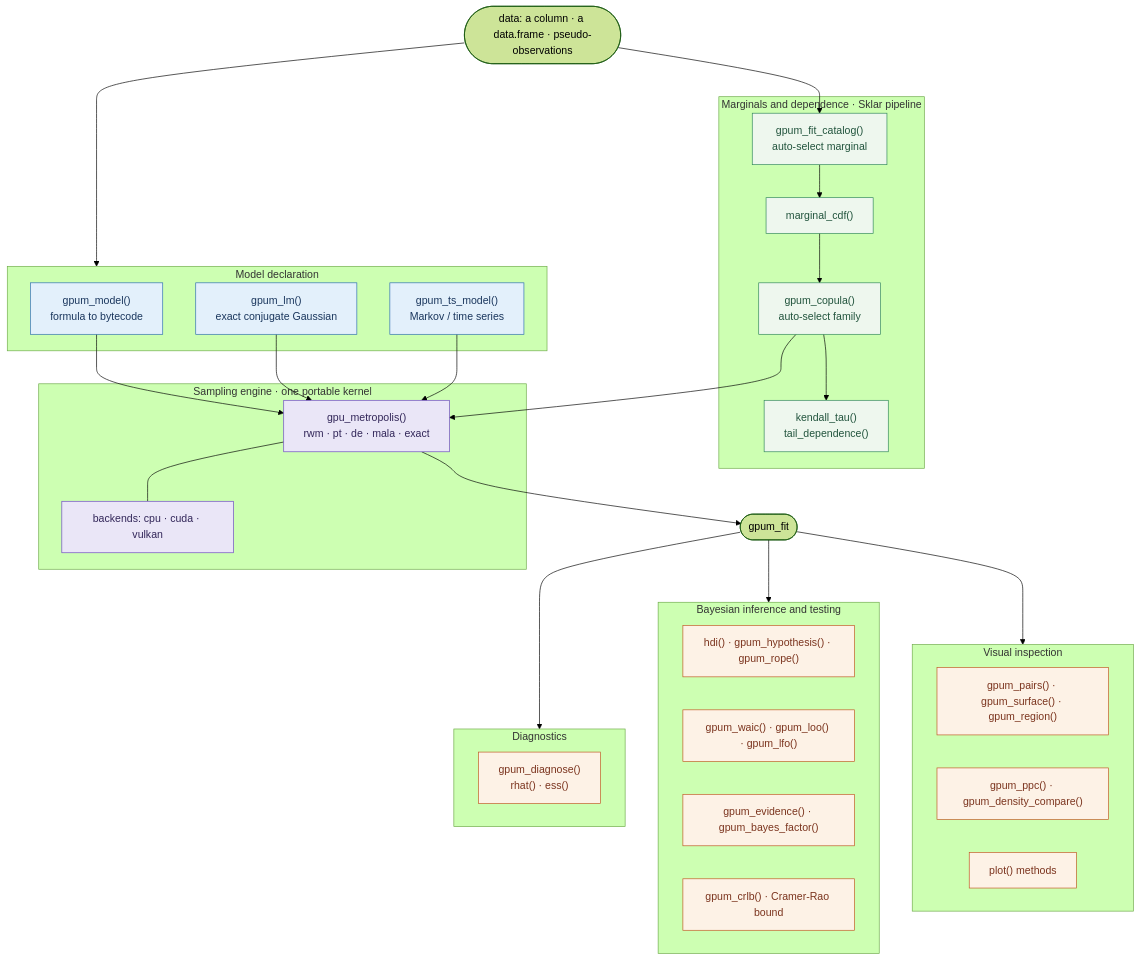
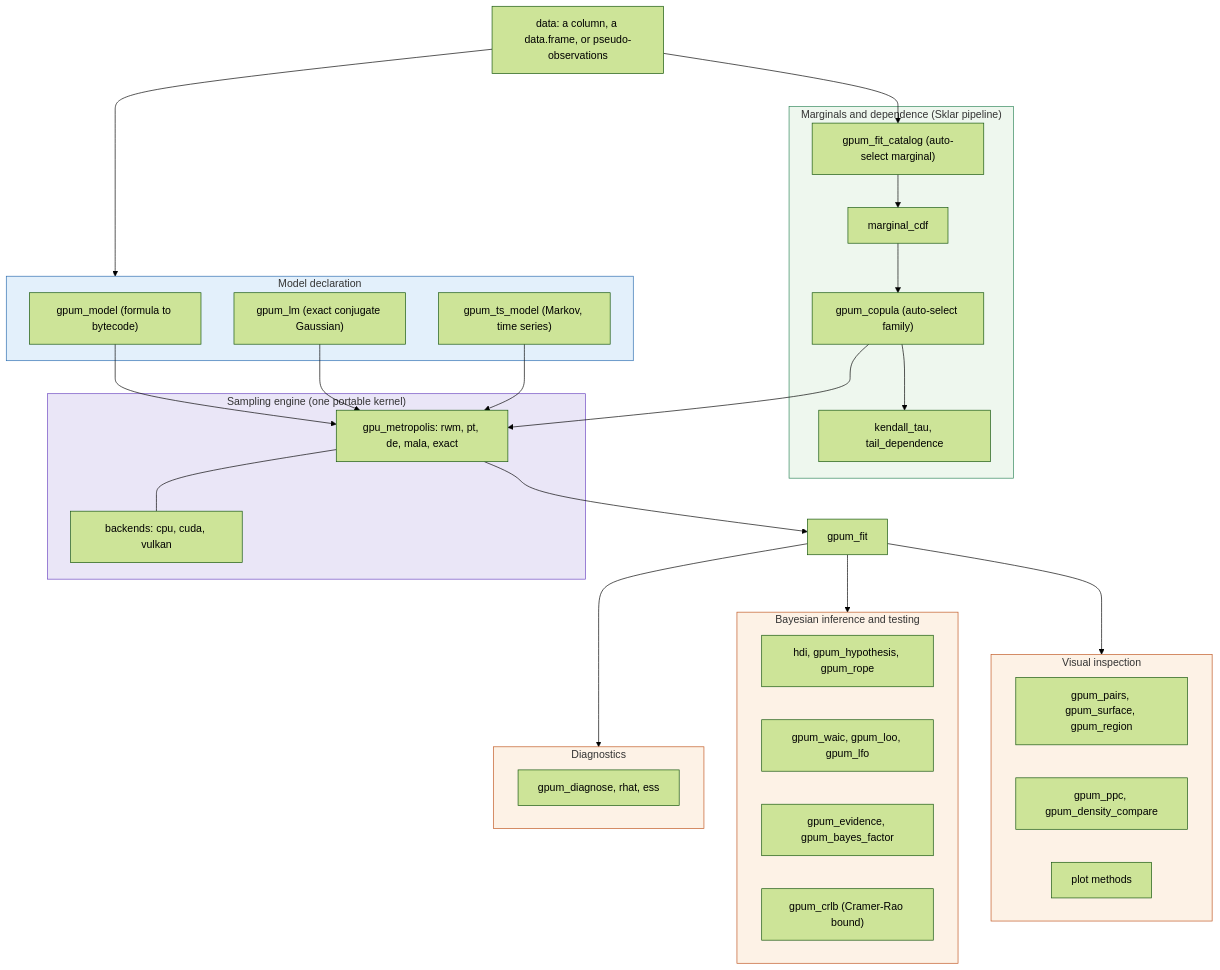
Before and after one commit to pcbrom/gpumetropolis: the diagram in README.md, drawn with Mermaid (forest theme). The commit also changed other lines of this file, not shown here.

First line of the commit message:
docs(readme): GitHub-safe diagram and a feature-to-problem table for every function

````diff
--- a/README.md
+++ b/README.md
@@ -117,64 +117,62 @@
 ```mermaid
-flowchart TD
-    data([data: a column · a data.frame · pseudo-observations])
+flowchart TB
+    data["data: a column, a data.frame, or pseudo-observations"]
 
     subgraph DECL["Model declaration"]
-        gm["gpum_model()<br/>formula to bytecode"]
-        glm["gpum_lm()<br/>exact conjugate Gaussian"]
-        gts["gpum_ts_model()<br/>Markov / time series"]
+        gm["gpum_model (formula to bytecode)"]
+        glm["gpum_lm (exact conjugate Gaussian)"]
+        gts["gpum_ts_model (Markov, time series)"]
     end
 
-    subgraph MARG["Marginals and dependence · Sklar pipeline"]
-        gfc["gpum_fit_catalog()<br/>auto-select marginal"]
-        mcdf["marginal_cdf()"]
-        gcop["gpum_copula()<br/>auto-select family"]
-        kt["kendall_tau()<br/>tail_dependence()"]
+    subgraph MARG["Marginals and dependence (Sklar pipeline)"]
+        gfc["gpum_fit_catalog (auto-select marginal)"]
+        mcdf["marginal_cdf"]
+        gcop["gpum_copula (auto-select family)"]
+        kt["kendall_tau, tail_dependence"]
     end
 
-    subgraph ENGINE["Sampling engine · one portable kernel"]
-        gmet["gpu_metropolis()<br/>rwm · pt · de · mala · exact"]
-        back["backends: cpu · cuda · vulkan"]
+    subgraph ENGINE["Sampling engine (one portable kernel)"]
+        gmet["gpu_metropolis: rwm, pt, de, mala, exact"]
+        back["backends: cpu, cuda, vulkan"]
     end
 
-    fit(["gpum_fit"])
+    fit["gpum_fit"]
 
     subgraph DIAG["Diagnostics"]
-        gd["gpum_diagnose()<br/>rhat() · ess()"]
+        gd["gpum_diagnose, rhat, ess"]
     end
 
     subgraph INFER["Bayesian inference and testing"]
-        est["hdi() · gpum_hypothesis() · gpum_rope()"]
-        pred["gpum_waic() · gpum_loo() · gpum_lfo()"]
-        evid["gpum_evidence() · gpum_bayes_factor()"]
-        crlb["gpum_crlb() · Cramer-Rao bound"]
+        est["hdi, gpum_hypothesis, gpum_rope"]
+        pred["gpum_waic, gpum_loo, gpum_lfo"]
+        evid["gpum_evidence, gpum_bayes_factor"]
+        crlb["gpum_crlb (Cramer-Rao bound)"]
     end
 
     subgraph VIS["Visual inspection"]
-        pairs["gpum_pairs() · gpum_surface() · gpum_region()"]
-        ppc["gpum_ppc() · gpum_density_compare()"]
-        plt["plot() methods"]
+        pairs["gpum_pairs, gpum_surface, gpum_region"]
+        ppc["gpum_ppc, gpum_density_compare"]
+        plt["plot methods"]
     end
 
     data --> DECL
     data --> gfc
     gfc --> mcdf --> gcop
     gm --> gmet
     glm --> gmet
     gts --> gmet
     gcop --> gmet
     gmet --- back
     gmet --> fit
     gcop --> kt
     fit --> DIAG
     fit --> INFER
     fit --> VIS
 
-    classDef decl fill:#e3f0fb,stroke:#2b6cb0,color:#1a365d
-    classDef marg fill:#eef7ee,stroke:#2f855a,color:#22543d
-    classDef eng fill:#eae6f7,stroke:#6b46c1,color:#322659
-    classDef out fill:#fdf2e6,stroke:#c05621,color:#7b341e
-    class gm,glm,gts decl
-    class gfc,mcdf,gcop,kt marg
-    class gmet,back eng
-    class gd,est,pred,evid,crlb,pairs,ppc,plt out
+    style DECL fill:#e3f0fb,stroke:#2b6cb0
+    style MARG fill:#eef7ee,stroke:#2f855a
+    style ENGINE fill:#eae6f7,stroke:#6b46c1
+    style DIAG fill:#fdf2e6,stroke:#c05621
+    style INFER fill:#fdf2e6,stroke:#c05621
+    style VIS fill:#fdf2e6,stroke:#c05621
 ```
````
